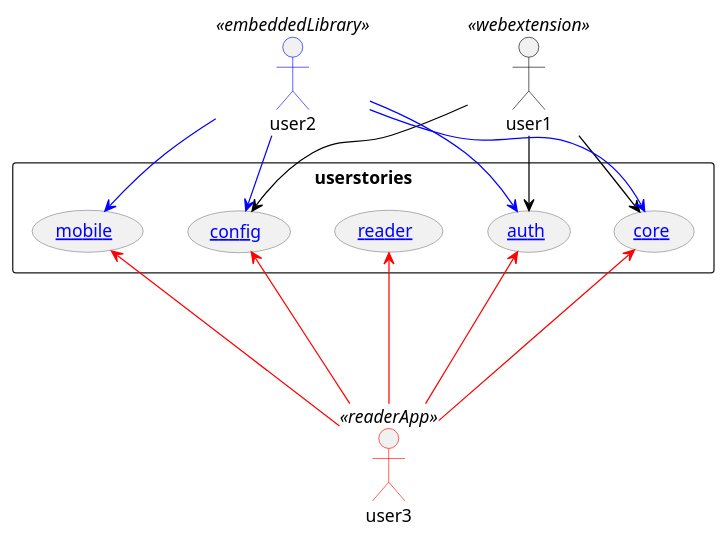
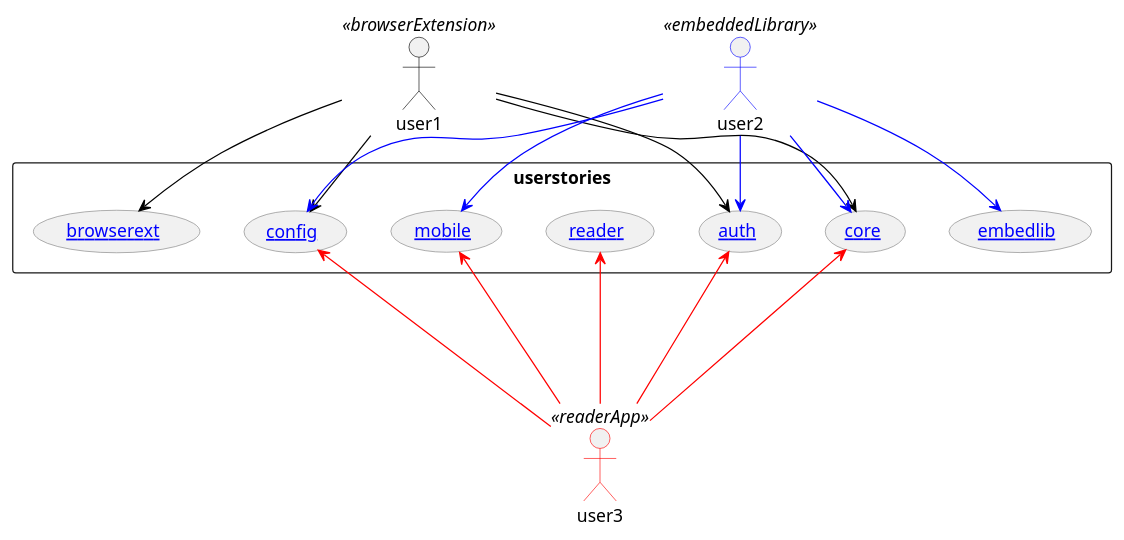
One commit to alpheios-project/documentation changed the diagram in design/app-use-cases.puml. Above: the diagram before and after it, drawn with PlantUML. The commit also changed 3 other files, not shown here.

Commit message:
add browserext and embedlib stories

```diff
--- a/design/app-use-cases.puml
+++ b/design/app-use-cases.puml
@@ -1,41 +1,43 @@
 @startuml
 skinparam packageStyle rectangle
 skinparam usecase {
-  ArrowColor<< webextension >> black
+  ArrowColor<< browserExtension >> black
   ArrowColor<< embeddedLibrary >> blue
   ArrowColor<< readerApp >> red
   BorderColor gray
 
 }
 skinparam actor {
-  BorderColor<< webextension >> black
+  BorderColor<< browserExtension >> black
   BorderColor<< embeddedLibrary >> blue
   BorderColor<< readerApp >> red
 
 }
 	
-actor user1 <<webextension>>
+actor user1 <<browserExtension>>
 rectangle userstories {
-  user1 --> ([[https://github.com/alpheios-project/documentation/blob/master/design/core-user-stories.csv core]]) <<webextension>>
-  user1 --> ([[https://github.com/alpheios-project/documentation/blob/master/design/auth-user-stories.csv auth]]) <<webextension>>
-  user1 --> ([[https://github.com/alpheios-project/documentation/blob/master/design/config-user-stories.csv config]]) <<webextension>>
+  user1 --> ([[https://github.com/alpheios-project/documentation/blob/master/design/core-user-stories.csv core]]) <<browserExtension>>
+  user1 --> ([[https://github.com/alpheios-project/documentation/blob/master/design/auth-user-stories.csv auth]]) <<browserExtension>>
+  user1 --> ([[https://github.com/alpheios-project/documentation/blob/master/design/config-user-stories.csv config]]) <<browserExtension>>
+  user1 --> ([[https://github.com/alpheios-project/documentation/blob/master/design/browserextension-user-stories.csv browserext]]) <<browserExtension>>
   
 }
 actor user2 <<embeddedLibrary>>
 rectangle userstories {
   user2 --> ([[https://github.com/alpheios-project/documentation/blob/master/design/core-user-stories.csv core]]) <<embeddedLibrary>>
   user2 --> ([[https://github.com/alpheios-project/documentation/blob/master/design/auth-user-stories.csv auth]]) <<embeddedLibrary>>
   user2 --> ([[https://github.com/alpheios-project/documentation/blob/master/design/mobile-user-stories.csv mobile]]) <<embeddedLibrary>>
   user2 --> ([[https://github.com/alpheios-project/documentation/blob/master/design/config-user-stories.csv config]]) <<embeddedLibrary>>
+  user2 --> ([[https://github.com/alpheios-project/documentation/blob/master/design/embedlib-user-stories.csv embedlib]]) <<embeddedLibrary>>
   
 }
 actor user3 <<readerApp>>
 rectangle userstories {
   user3 -up--> ([[https://github.com/alpheios-project/documentation/blob/master/design/core-user-stories.csv core]]) <<readerApp>>
   user3 -up--> ([[https://github.com/alpheios-project/documentation/blob/master/design/auth-user-stories.csv auth]]) <<readerApp>>
   user3 -up--> ([[https://github.com/alpheios-project/documentation/blob/master/design/reader-user-stories.csv reader]]) <<readerApp>>
   user3 -up--> ([[https://github.com/alpheios-project/documentation/blob/master/design/mobile-user-stories.csv mobile]]) <<readerApp>>
   user3 -up--> ([[https://github.com/alpheios-project/documentation/blob/master/design/config-user-stories.csv config]]) <<readerApp>>
   
 }
 @enduml
```
